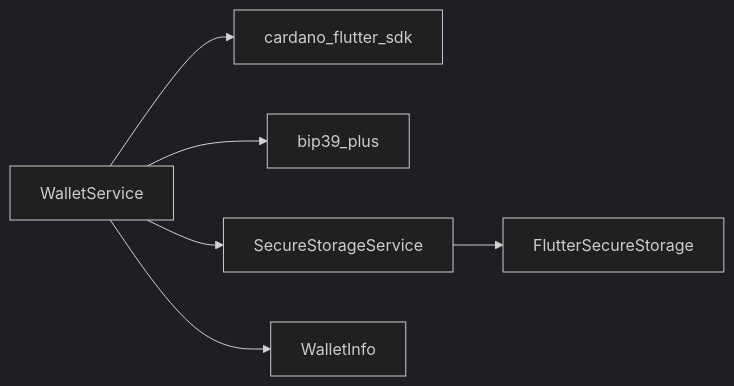
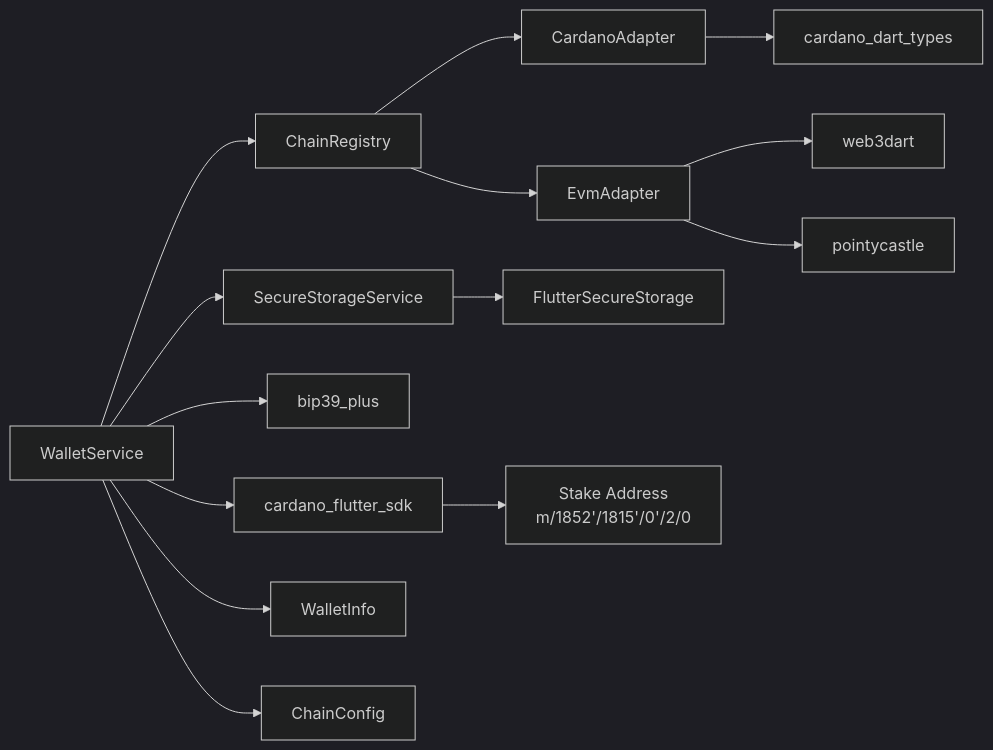
Before and after one commit to EqualToEthan/stasis: the fourth of 5 diagrams in .qoder/repowiki/zh/content/核心服务/钱包管理服务.md, drawn with Mermaid (dark theme). The commit also changed other lines of this file and 40 other files, not shown here.

````diff
--- a/.qoder/repowiki/zh/content/核心服务/钱包管理服务.md
+++ b/.qoder/repowiki/zh/content/核心服务/钱包管理服务.md
@@ -253,8 +454,16 @@
 ```mermaid
 graph LR
-WS["WalletService"] --> SDK["cardano_flutter_sdk"]
+WS["WalletService"] --> CR["ChainRegistry"]
+WS --> SDK["cardano_flutter_sdk"]
 WS --> BIP["bip39_plus"]
 WS --> SS["SecureStorageService"]
+CR --> CA["CardanoAdapter"]
+CR --> EA["EvmAdapter"]
+CA --> CDT["cardano_dart_types"]
+EA --> W3D["web3dart"]
+EA --> PC["pointycastle"]
 SS --> FSS["FlutterSecureStorage"]
 WS --> WI["WalletInfo"]
+WS --> CC["ChainConfig"]
+SDK --> SA["Stake Address<br/>m/1852'/1815'/0'/2/0"]
 ```
````
